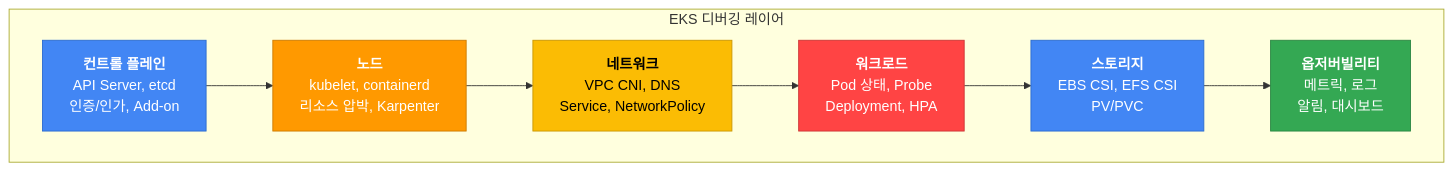
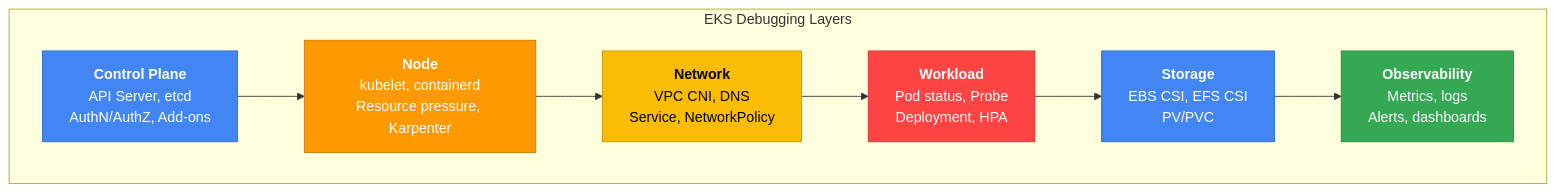
The first of 2 diagrams in docs/eks-best-practices/operations-reliability/eks-debugging/index.md (devfloor9/engineering-playbook), drawn with Mermaid before and after one commit. The commit also changed other lines of this file and 954 other files, not shown here.

````diff
--- a/docs/eks-best-practices/operations-reliability/eks-debugging/index.md
+++ b/docs/eks-best-practices/operations-reliability/eks-debugging/index.md
@@ -33,36 +35,36 @@
 ```mermaid
 flowchart TB
-    subgraph "EKS 디버깅 레이어"
-        CP["`**컨트롤 플레인**
+    subgraph "EKS Debugging Layers"
+        CP["`**Control Plane**
         API Server, etcd
-        인증/인가, Add-on`"]
-        NODE["`**노드**
+        AuthN/AuthZ, Add-ons`"]
+        NODE["`**Node**
         kubelet, containerd
-        리소스 압박, Karpenter`"]
-        NET["`**네트워크**
+        Resource pressure, Karpenter`"]
+        NET["`**Network**
         VPC CNI, DNS
         Service, NetworkPolicy`"]
-        WL["`**워크로드**
-        Pod 상태, Probe
+        WL["`**Workload**
+        Pod status, Probe
         Deployment, HPA`"]
-        STOR["`**스토리지**
+        STOR["`**Storage**
         EBS CSI, EFS CSI
         PV/PVC`"]
-        OBS["`**옵저버빌리티**
-        메트릭, 로그
-        알림, 대시보드`"]
+        OBS["`**Observability**
+        Metrics, logs
+        Alerts, dashboards`"]
     end
 
     CP --> NODE
     NODE --> NET
     NET --> WL
     WL --> STOR
     STOR --> OBS
 
     style CP fill:#4286f4,stroke:#2a6acf,color:#fff
     style NODE fill:#ff9900,stroke:#cc7a00,color:#fff
     style NET fill:#fbbc04,stroke:#c99603,color:#000
     style WL fill:#ff4444,stroke:#cc3636,color:#fff
     style STOR fill:#4286f4,stroke:#2a6acf,color:#fff
     style OBS fill:#34a853,stroke:#2a8642,color:#fff
 ```
````
